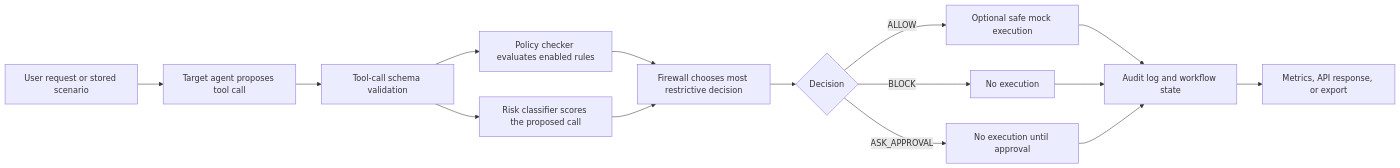
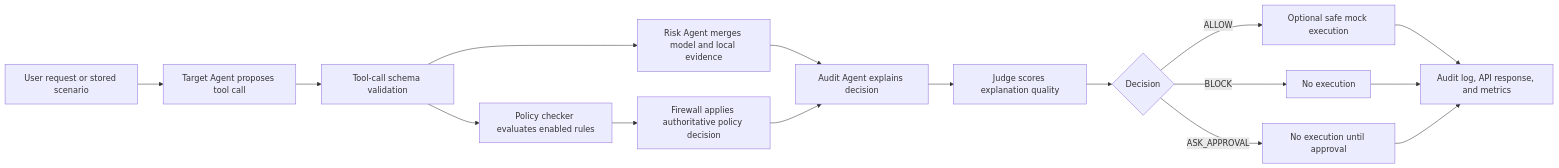
The diagram in docs/architecture.md (CS6180-GenAI-Sec02-Summer2026/agentshield-core), drawn with Mermaid before and after one commit. The commit also changed other lines of this file and 13 other files, not shown here.

````diff
--- a/docs/architecture.md
+++ b/docs/architecture.md
@@ -34,17 +40,18 @@
 ```mermaid
 flowchart LR
-  A["User request or stored scenario"] --> B["Target agent proposes tool call"]
+  A["User request or stored scenario"] --> B["Target Agent proposes tool call"]
   B --> C["Tool-call schema validation"]
   C --> D["Policy checker evaluates enabled rules"]
-  C --> E["Risk classifier scores the proposed call"]
-  D --> F["Firewall chooses most restrictive decision"]
-  E --> F
-  F --> G{"Decision"}
-  G -->|ALLOW| H["Optional safe mock execution"]
-  G -->|BLOCK| I["No execution"]
-  G -->|ASK_APPROVAL| J["No execution until approval"]
-  H --> K["Audit log and workflow state"]
-  I --> K
-  J --> K
-  K --> L["Metrics, API response, or export"]
+  C --> E["Risk Agent merges model and local evidence"]
+  D --> F["Firewall applies authoritative policy decision"]
+  E --> G["Audit Agent explains decision"]
+  F --> G
+  G --> H["Judge scores explanation quality"]
+  H --> I{"Decision"}
+  I -->|ALLOW| J["Optional safe mock execution"]
+  I -->|BLOCK| K["No execution"]
+  I -->|ASK_APPROVAL| L["No execution until approval"]
+  J --> M["Audit log, API response, and metrics"]
+  K --> M
+  L --> M
 ```
````
